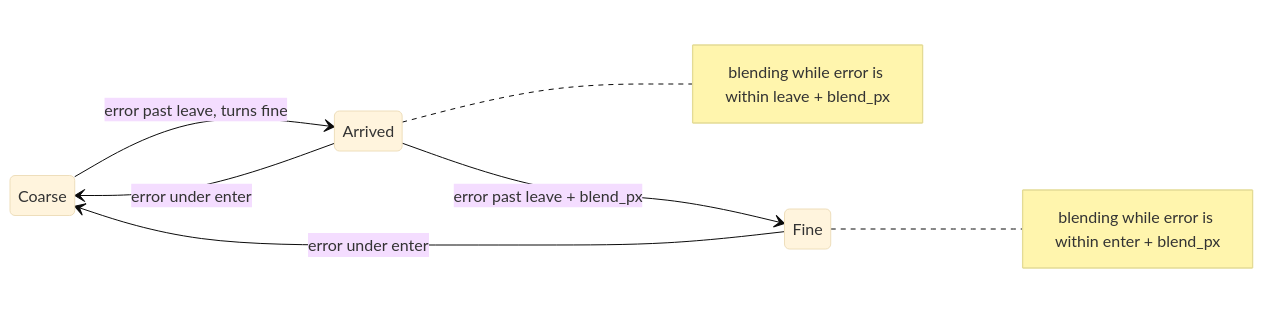
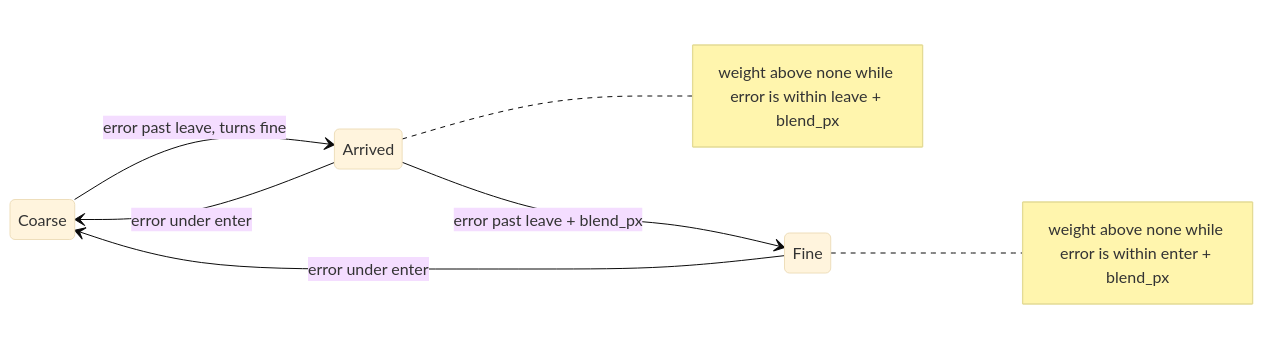
Before and after one commit to jose-villegas/autana: the fourth of 4 diagrams in docs/render/frame/Levels-of-Detail.md, drawn with Mermaid (base theme). The commit also changed other lines of this file and 1 other file, not shown here.

````diff
--- a/docs/render/frame/Levels-of-Detail.md
+++ b/docs/render/frame/Levels-of-Detail.md
@@ -145,10 +147,10 @@
 ```mermaid
 stateDiagram-v2
     direction LR
     Coarse --> Arrived: error past leave, turns fine
     Arrived --> Fine: error past leave + blend_px
     Fine --> Coarse: error under enter
     Arrived --> Coarse: error under enter
-    note right of Arrived: blending while error is within leave + blend_px
-    note right of Fine: blending while error is within enter + blend_px
+    note right of Arrived: weight above none while error is within leave + blend_px
+    note right of Fine: weight above none while error is within enter + blend_px
 ```
````
